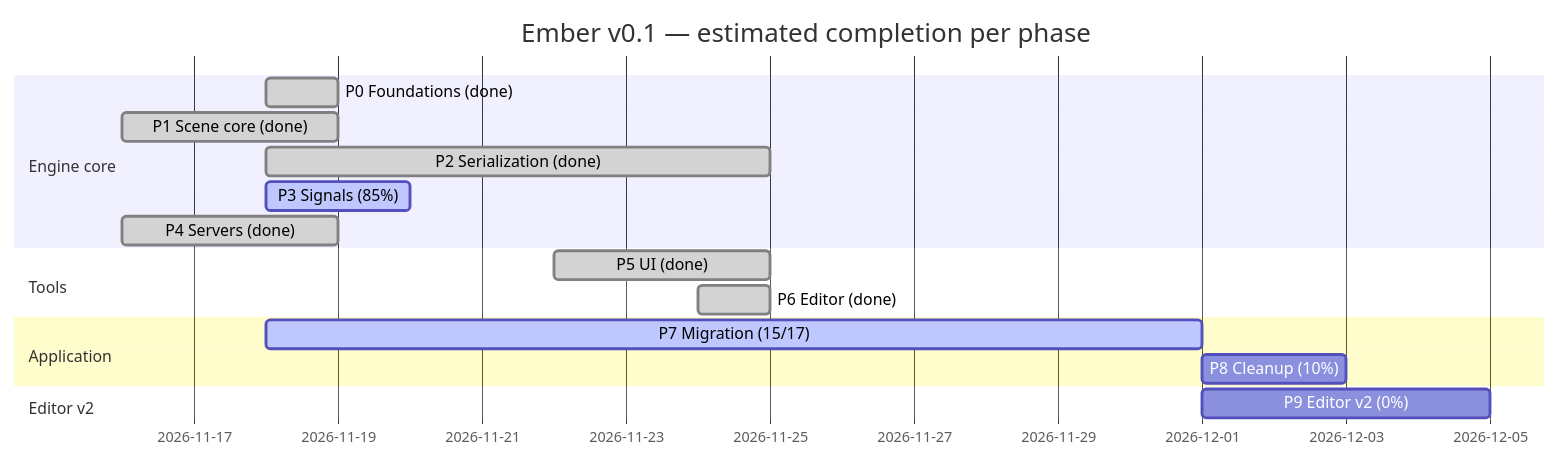
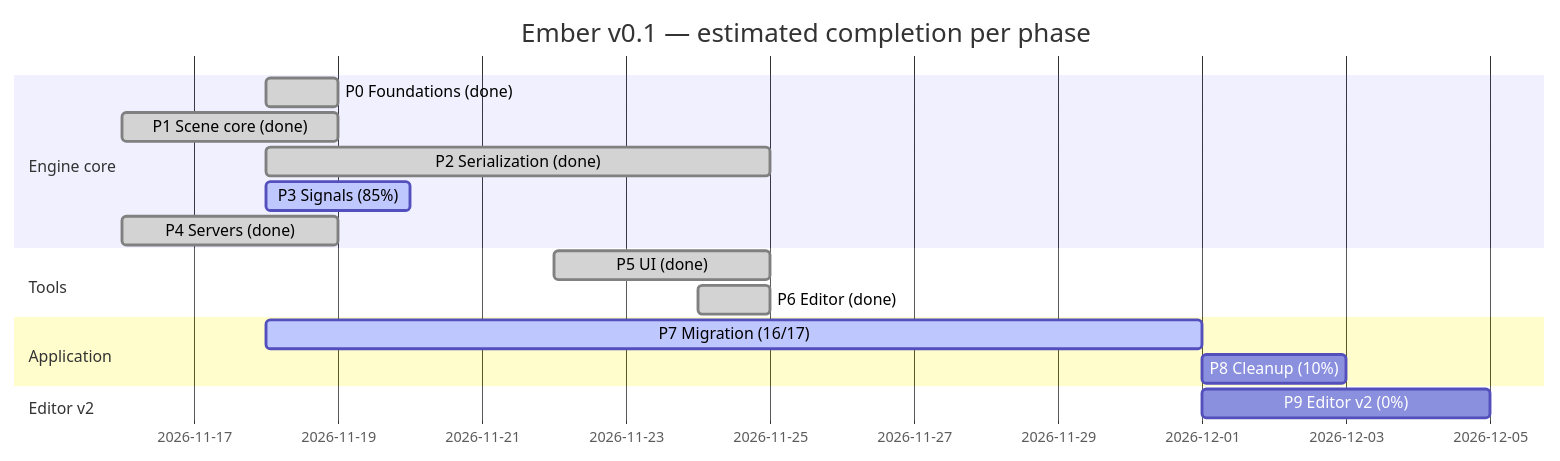
The diagram in ember-vault/60 Progress/Roadmap Tracker.md (titouanthd/ember), drawn with Mermaid before and after one commit. The commit also changed other lines of this file and 8 other files, not shown here.

````diff
--- a/ember-vault/60 Progress/Roadmap Tracker.md
+++ b/ember-vault/60 Progress/Roadmap Tracker.md
@@ -11,19 +11,19 @@
 ```mermaid
 gantt
   dateFormat YYYY-MM-DD
   title Ember v0.1 — estimated completion per phase
   section Engine core
   P0 Foundations (done)  :done, p0, 2026-11-18, 1d
   P1 Scene core (done)   :done, p1, 2026-11-16, 3d
   P2 Serialization (done):done, p2, 2026-11-18, 7d
   P3 Signals (85%)       :active, p3, 2026-11-18, 2d
   P4 Servers (done)      :done, p4, 2026-11-16, 3d
   section Tools
   P5 UI (done)           :done, p5, 2026-11-22, 3d
   P6 Editor (done)       :done, p6, 2026-11-24, 1d
   section Application
-  P7 Migration (15/17)    :active, p7, 2026-11-18, 13d
+  P7 Migration (16/17)    :active, p7, 2026-11-18, 13d
   P8 Cleanup (10%)       :p8, after p7, 2d
   section Editor v2
   P9 Editor v2 (0%)      :p9, after p7, 4d
 ```
````
